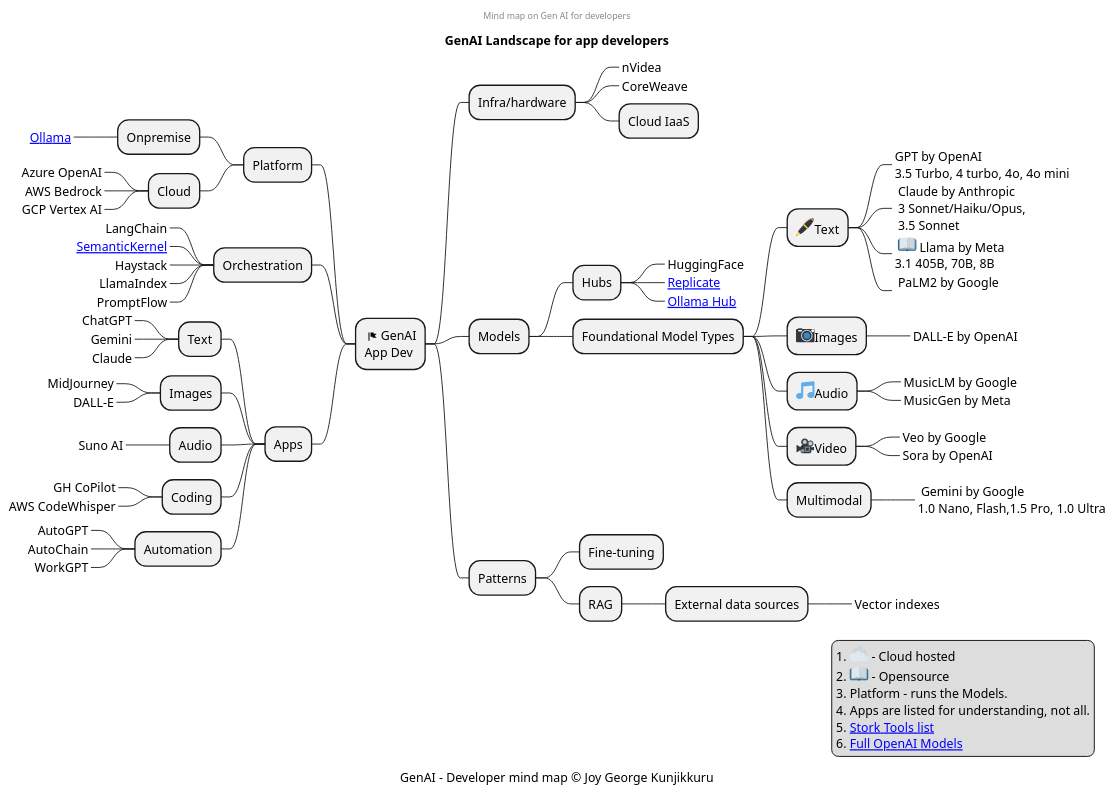
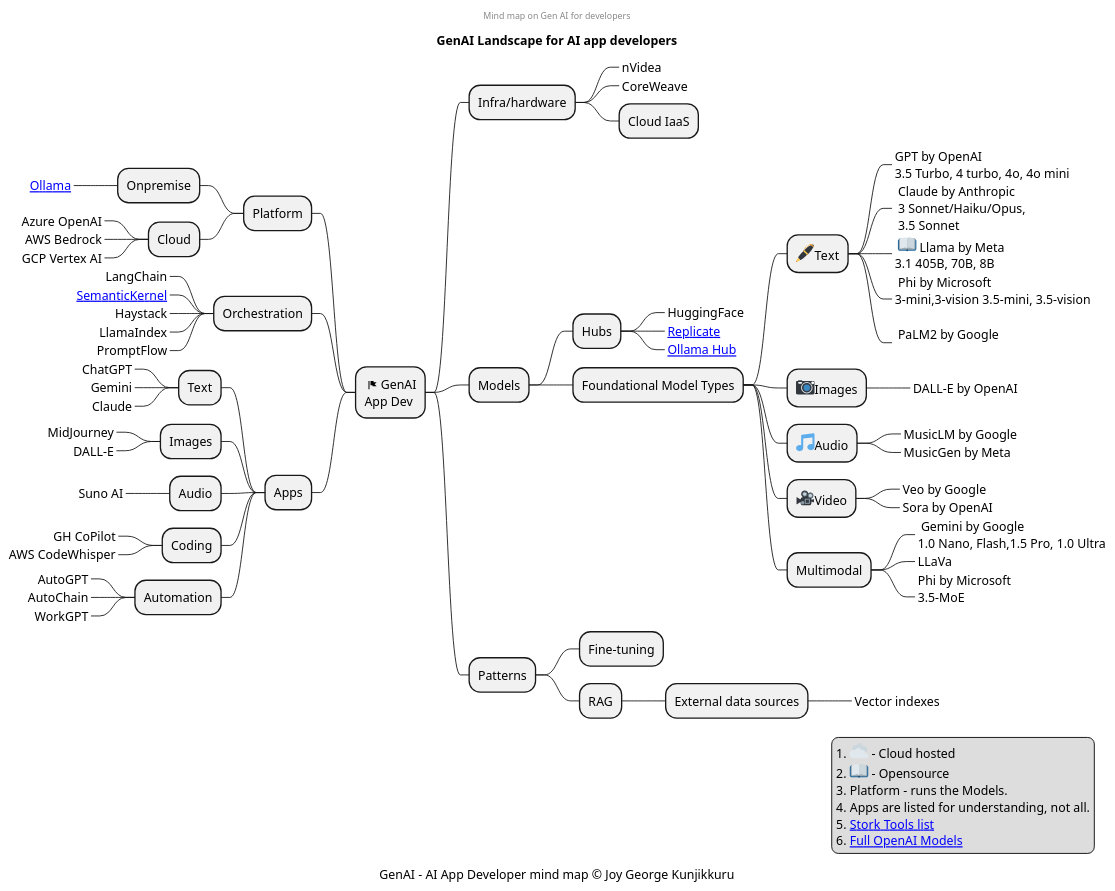
The diagram in ai/gen-ai/app-developer-landscape.puml (mind-maps/software), drawn with PlantUML before and after one commit.

Commit message:
updates to models

```diff
--- a/ai/gen-ai/app-developer-landscape.puml
+++ b/ai/gen-ai/app-developer-landscape.puml
@@ -1,89 +1,96 @@
 @startmindmap
 center header
 Mind map on Gen AI for developers 
 endheader
-title GenAI Landscape for app developers
+title GenAI Landscape for AI app developers
 *: <&flag> GenAI 
 App Dev;
 left side
 ** Platform
 *** Onpremise
 ****_ [[https://ollama.com/ Ollama]]
 *** Cloud
 ****_ Azure OpenAI
 ****_ AWS Bedrock
 ****_ GCP Vertex AI
 ** Orchestration
 ***_ LangChain
 ***_ [[https://learn.microsoft.com/en-us/semantic-kernel/overview/ SemanticKernel]]
 ***_ Haystack
 ***_ LlamaIndex
 ***_ PromptFlow
 ** Apps
 *** Text
 ****_ ChatGPT
 ****_ Gemini
 ****_ Claude
 *** Images
 ****_ MidJourney
 ****_ DALL-E
 *** Audio
 ****_ Suno AI
 *** Coding
 ****_ GH CoPilot
 ****_ AWS CodeWhisper
 *** Automation
 ****_ AutoGPT
 ****_ AutoChain
 ****_ WorkGPT
 
 right side
 ** Infra/hardware
 ***_ nVidea
 ***_ CoreWeave
 *** Cloud IaaS
 ** Models
 *** Hubs
 ****_ HuggingFace
 ****_ [[https://replicate.com/ Replicate]]
 ****_ [[https://openwebui.com/ Ollama Hub]]
 *** Foundational Model Types
 **** <:pen:>Text
 *****_:GPT by OpenAI
 3.5 Turbo, 4 turbo, 4o, 4o mini;
 *****_: Claude by Anthropic
  3 Sonnet/Haiku/Opus,
  3.5 Sonnet;
 *****_: <:book:> Llama by Meta
 3.1 405B, 70B, 8B ;
+*****_: Phi by Microsoft
+3-mini,3-vision 3.5-mini, 3.5-vision
+;
 *****_: PaLM2 by Google
 ;
 **** <:camera:>Images
 *****_ DALL-E by OpenAI
 **** <:musical_note:>Audio
 *****_ MusicLM by Google
 *****_ MusicGen by Meta
 **** <:movie_camera:>Video
 *****_ Veo by Google
 *****_ Sora by OpenAI
 **** Multimodal
 *****_: Gemini by Google
 1.0 Nano, Flash,1.5 Pro, 1.0 Ultra;
+*****_ LLaVa
+*****_:Phi by Microsoft
+3.5-MoE
+;
 ** Patterns
 *** Fine-tuning
 *** RAG
 **** External data sources
 *****_ Vector indexes
 
 legend right
 # <:cloud:> - Cloud hosted
 # <:book:> - Opensource
 # Platform - runs the Models.
 # Apps are listed for understanding, not all.
 # [[https://www.stork.ai/ Stork Tools list]]
 # [[https://platform.openai.com/docs/models/models-overview Full OpenAI Models]]
 endlegend
 
-caption GenAI - Developer mind map © Joy George Kunjikkuru
+caption GenAI - AI App Developer mind map © Joy George Kunjikkuru
 
 @endmindmap
```
